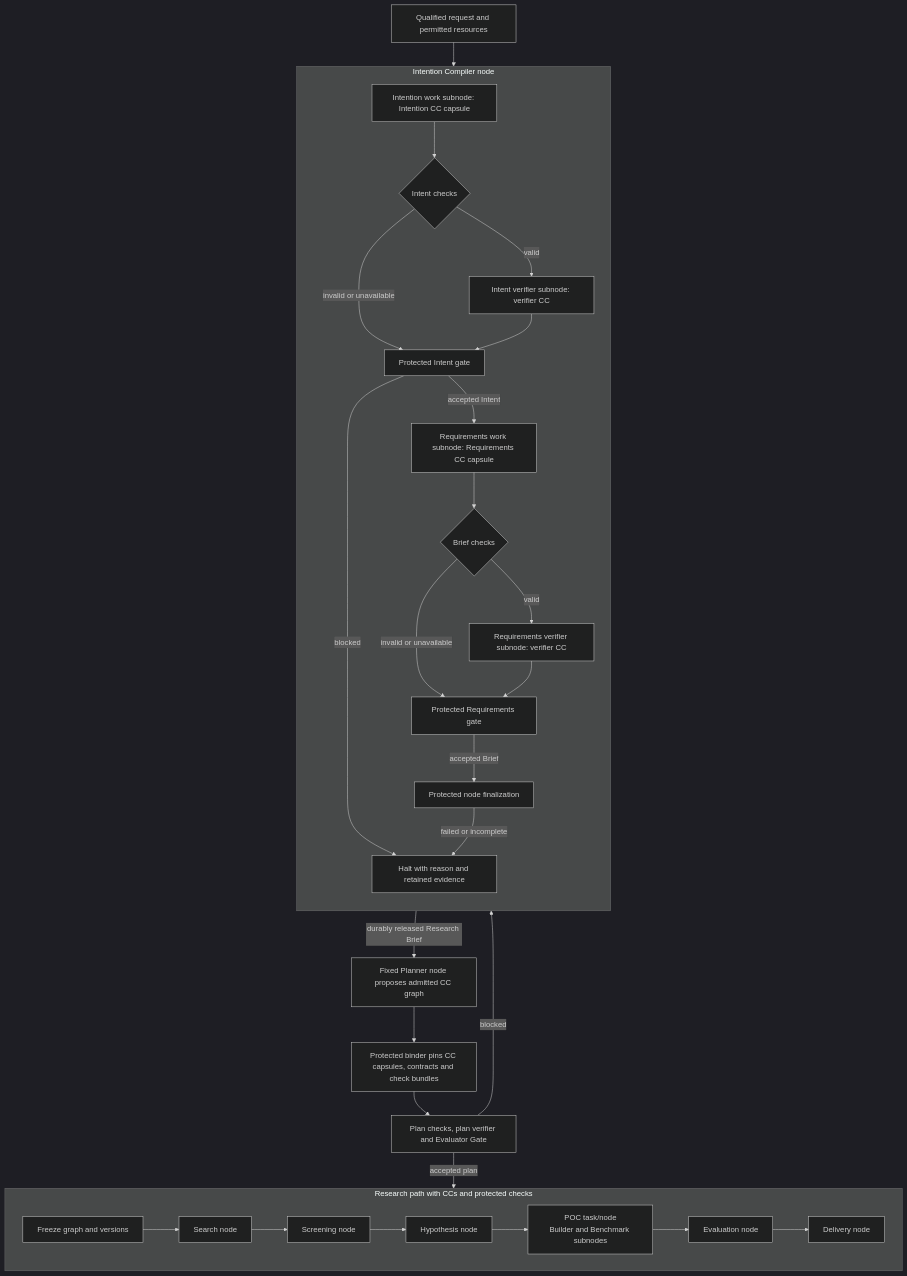
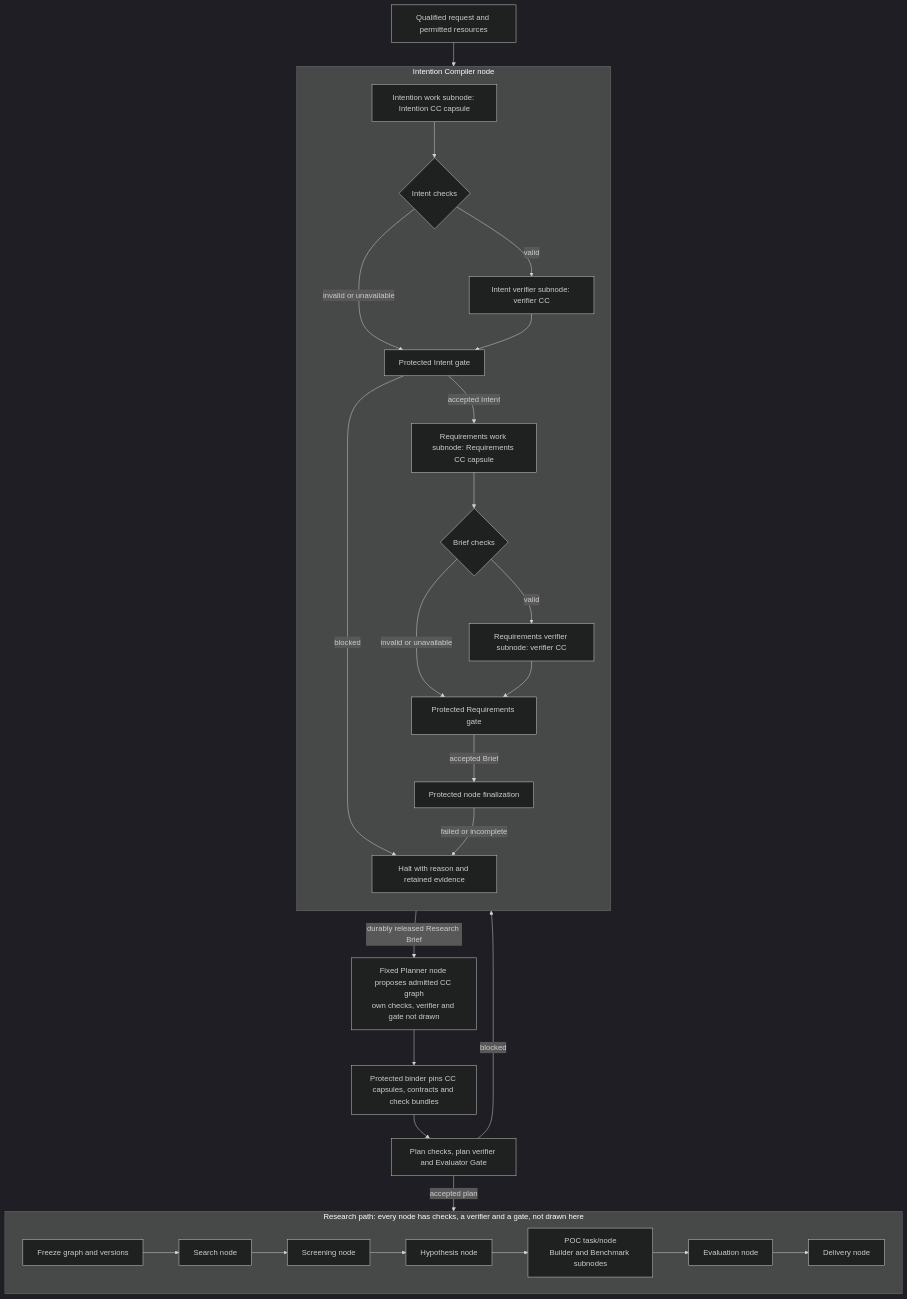
Before and after one commit to Stellven/jiuwenswarm: the first of 3 diagrams in docs/architecture/design-package/m1-design.md, drawn with Mermaid (dark theme). The commit also changed other lines of this file and 8 other files, not shown here.

Commit message:
docs: label omitted checks, verifiers and gates in the system diagram

````diff
--- a/docs/architecture/design-package/m1-design.md
+++ b/docs/architecture/design-package/m1-design.md
@@ -9,33 +9,33 @@
 ```mermaid
 flowchart TB
     I[Qualified request and permitted resources] --> C
     subgraph Compiler[Intention Compiler node]
         direction TB
         C[Intention work subnode: Intention CC capsule] --> D1{Intent checks}
         D1 -->|valid| V1[Intent verifier subnode: verifier CC]
         D1 -->|invalid or unavailable| G1[Protected Intent gate]
         V1 --> G1
         G1 -->|accepted Intent| R[Requirements work subnode: Requirements CC capsule]
         G1 -->|blocked| H[Halt with reason and retained evidence]
         R --> D2{Brief checks}
         D2 -->|valid| V2[Requirements verifier subnode: verifier CC]
         D2 -->|invalid or unavailable| G2[Protected Requirements gate]
         V2 --> G2
         G2 -->|accepted Brief| NG[Protected node finalization]
         NG -->|failed or incomplete| H
     end
-    NG -->|durably released Research Brief| P[Fixed Planner node proposes admitted CC graph]
+    NG -->|durably released Research Brief| P[Fixed Planner node proposes admitted CC graph<br/>own checks, verifier and gate not drawn]
     P --> Bind[Protected binder pins CC capsules, contracts and check bundles]
     Bind --> PG[Plan checks, plan verifier and Evaluator Gate]
     PG -->|accepted plan| F[Freeze graph and versions]
     PG -->|blocked| H
-    subgraph Example[Research path with CCs and protected checks]
+    subgraph Example[Research path: every node has checks, a verifier and a gate, not drawn here]
       direction LR
       F --> S[Search node]
       S --> O[Screening node]
       O --> B[Hypothesis node]
       B --> K[POC task/node<br/>Builder and Benchmark subnodes]
       K --> E[Evaluation node]
       E --> T[Delivery node]
     end
 ```
````
